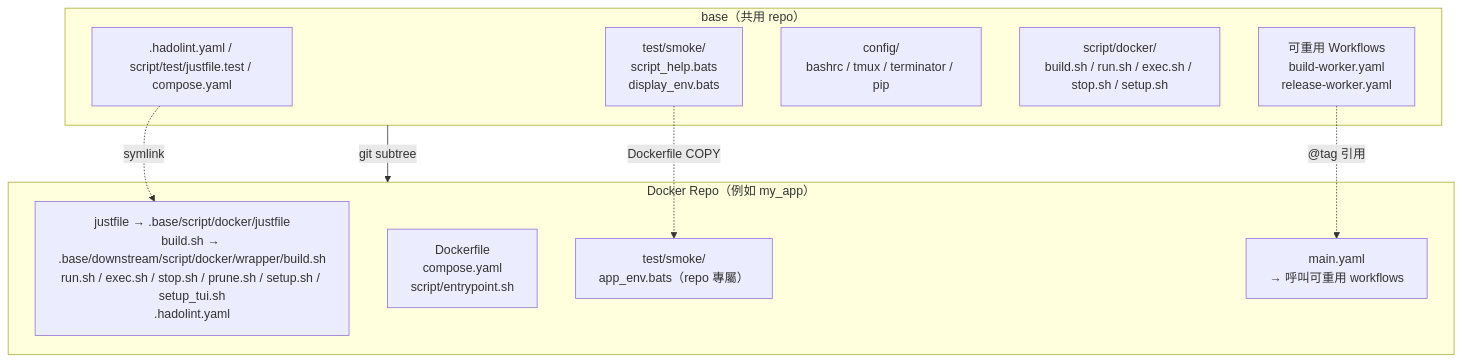
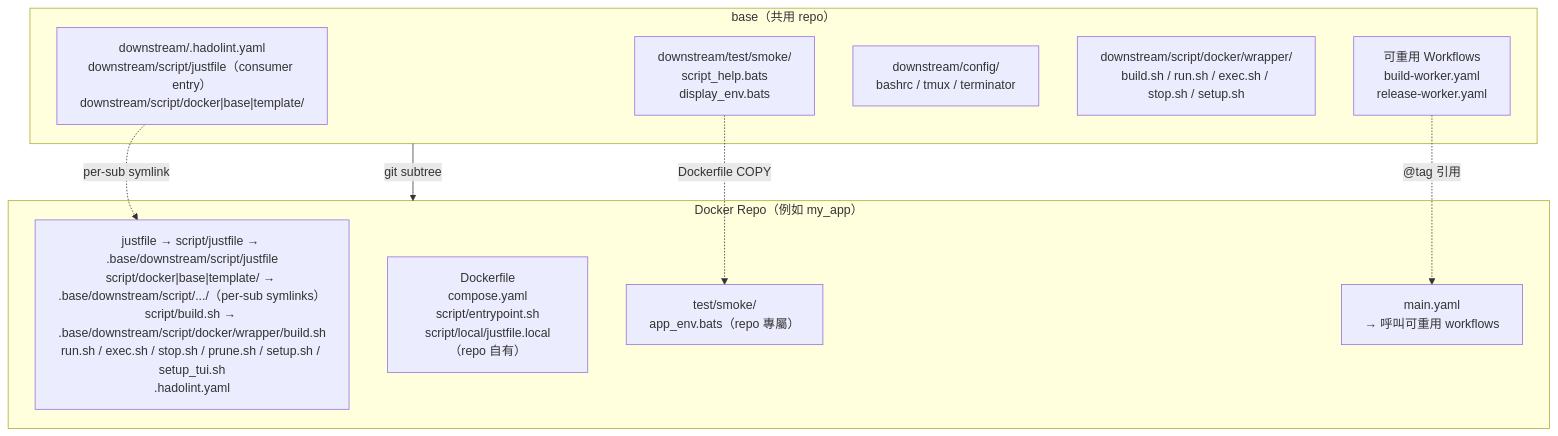
One commit to ycpss91255-docker/base changed the first of 2 diagrams in doc/readme/README.zh-TW.md. Above: the diagram before and after it, drawn with Mermaid. The commit also changed other lines of this file and 3 other files, not shown here.

````diff
--- a/doc/readme/README.zh-TW.md
+++ b/doc/readme/README.zh-TW.md
@@ -79,22 +79,22 @@
 ```mermaid
 graph TB
     subgraph base["base（共用 repo）"]
-        scripts[".hadolint.yaml / script/test/justfile.test / compose.yaml"]
-        smoke["test/smoke/<br/>script_help.bats<br/>display_env.bats"]
-        config["config/<br/>bashrc / tmux / terminator / pip"]
-        mgmt["script/docker/<br/>build.sh / run.sh / exec.sh / stop.sh / setup.sh"]
+        scripts["downstream/.hadolint.yaml<br/>downstream/script/justfile（consumer entry）<br/>downstream/script/docker|base|template/"]
+        smoke["downstream/test/smoke/<br/>script_help.bats<br/>display_env.bats"]
+        config["downstream/config/<br/>bashrc / tmux / terminator"]
+        mgmt["downstream/script/docker/wrapper/<br/>build.sh / run.sh / exec.sh / stop.sh / setup.sh"]
         workflows["可重用 Workflows<br/>build-worker.yaml<br/>release-worker.yaml"]
     end
 
     subgraph consumer["Docker Repo（例如 my_app）"]
-        symlinks["justfile → .base/script/docker/justfile<br/>build.sh → .base/downstream/script/docker/wrapper/build.sh<br/>run.sh / exec.sh / stop.sh / prune.sh / setup.sh / setup_tui.sh<br/>.hadolint.yaml"]
-        dockerfile["Dockerfile<br/>compose.yaml<br/>script/entrypoint.sh"]
+        symlinks["justfile → script/justfile → .base/downstream/script/justfile<br/>script/docker|base|template/ → .base/downstream/script/.../（per-sub symlinks）<br/>script/build.sh → .base/downstream/script/docker/wrapper/build.sh<br/>run.sh / exec.sh / stop.sh / prune.sh / setup.sh / setup_tui.sh<br/>.hadolint.yaml"]
+        dockerfile["Dockerfile<br/>compose.yaml<br/>script/entrypoint.sh<br/>script/local/justfile.local（repo 自有）"]
         repo_test["test/smoke/<br/>app_env.bats（repo 專屬）"]
         main_yaml["main.yaml<br/>→ 呼叫可重用 workflows"]
     end
 
     base -- "git subtree" --> consumer
-    scripts -. "symlink" .-> symlinks
+    scripts -. "per-sub symlink" .-> symlinks
     smoke -. "Dockerfile COPY" .-> repo_test
     workflows -. "@tag 引用" .-> main_yaml
 ```
````
